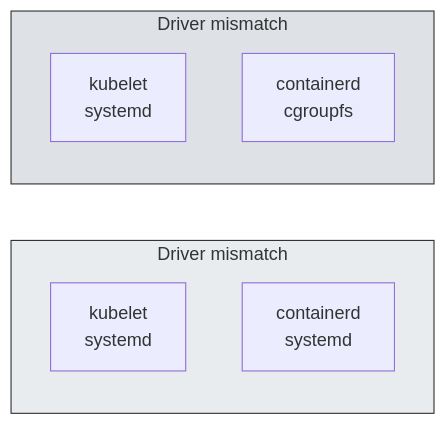
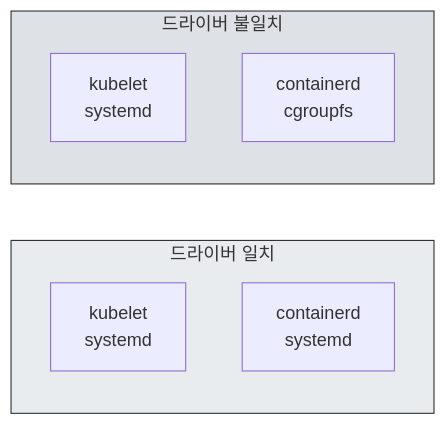
Before and after one commit to doxxx93/doxxx.dev: the eighth of 9 diagrams in i18n/en/docusaurus-plugin-content-blog/2026-01-05/the-weight-of-kubernetes-installation.md, drawn with Mermaid. The commit also changed other lines of this file and 4 other files, not shown here.

````diff
--- a/i18n/en/docusaurus-plugin-content-blog/2026-01-05/the-weight-of-kubernetes-installation.md
+++ b/i18n/en/docusaurus-plugin-content-blog/2026-01-05/the-weight-of-kubernetes-installation.md
@@ -257,15 +257,15 @@
 ```mermaid
 graph LR
-    subgraph Correct["Driver mismatch"]
+    subgraph Correct["드라이버 일치"]
         k1["kubelet<br/>systemd"]
         c1["containerd<br/>systemd"]
     end
 
-    subgraph Wrong["Driver mismatch"]
+    subgraph Wrong["드라이버 불일치"]
         k2["kubelet<br/>systemd"]
         c2["containerd<br/>cgroupfs"]
     end
 
     style Correct fill:#e9ecef,stroke:#333
     style Wrong fill:#dee2e6,stroke:#333
 ```
````
